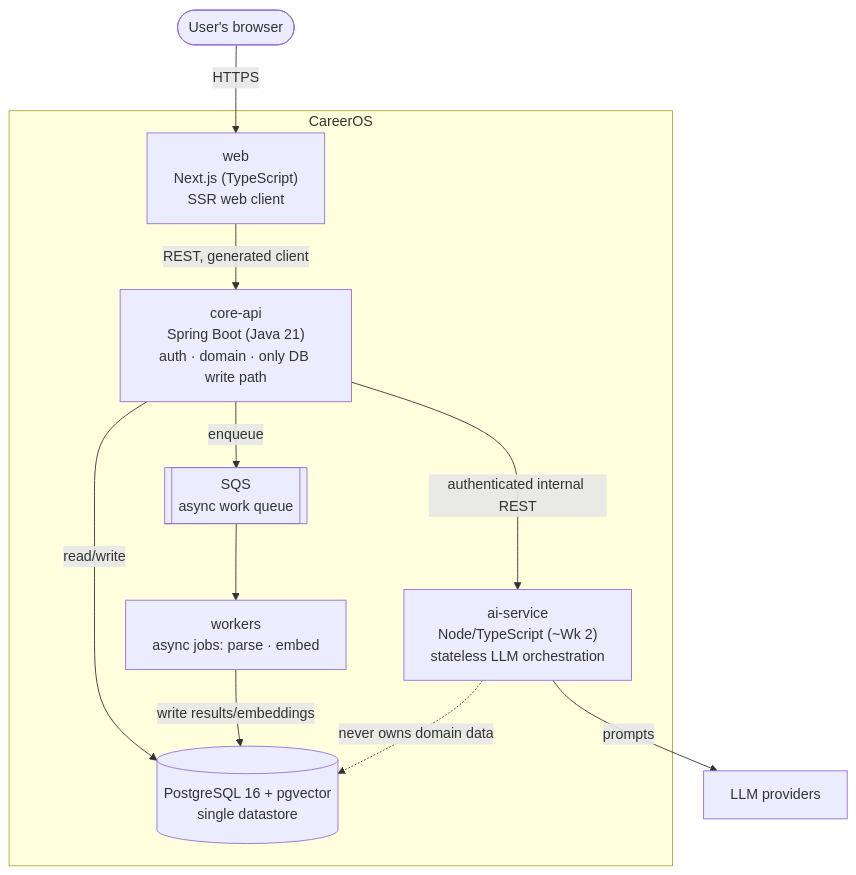
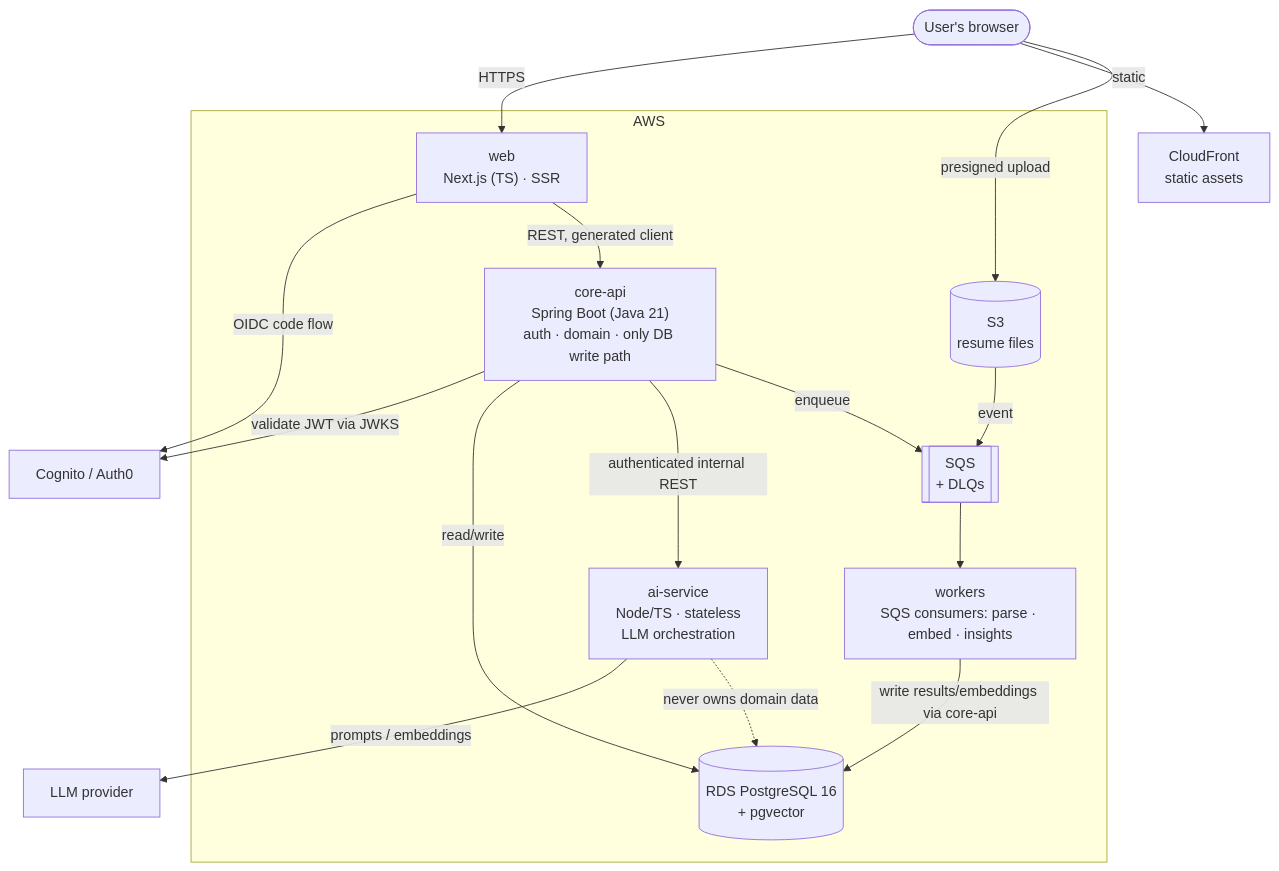
One commit to mahelet-kassa/CareerOS changed the second of 3 diagrams in docs/01-architecture/overview.md. Above: the diagram before and after it, drawn with Mermaid. The commit also changed other lines of this file and 30 other files, not shown here.

````diff
--- a/docs/01-architecture/overview.md
+++ b/docs/01-architecture/overview.md
@@ -53,25 +57,33 @@
 ```mermaid
 graph TB
     user([User's browser])
+    cdn[CloudFront<br/>static assets]
 
-    subgraph "CareerOS"
-        web["web<br/>Next.js (TypeScript)<br/>SSR web client"]
+    subgraph "AWS"
+        web["web<br/>Next.js (TS) · SSR"]
         api["core-api<br/>Spring Boot (Java 21)<br/>auth · domain · only DB write path"]
-        ai["ai-service<br/>Node/TypeScript (~Wk 2)<br/>stateless LLM orchestration"]
-        worker["workers<br/>async jobs: parse · embed"]
-        db[("PostgreSQL 16 + pgvector<br/>single datastore")]
-        queue[["SQS<br/>async work queue"]]
+        ai["ai-service<br/>Node/TS · stateless<br/>LLM orchestration"]
+        worker["workers<br/>SQS consumers: parse · embed · insights"]
+        db[("RDS PostgreSQL 16<br/>+ pgvector")]
+        queue[["SQS<br/>+ DLQs"]]
+        s3[("S3<br/>resume files")]
     end
 
-    llm[LLM providers]
+    idp[Cognito / Auth0]
+    llm[LLM provider]
 
     user -->|HTTPS| web
+    user -->|static| cdn
+    web -->|OIDC code flow| idp
     web -->|REST, generated client| api
+    api -->|validate JWT via JWKS| idp
     api -->|read/write| db
     api -->|authenticated internal REST| ai
     api -->|enqueue| queue
+    user -->|presigned upload| s3
+    s3 -->|event| queue
     queue --> worker
-    worker -->|write results/embeddings| db
-    ai -->|prompts| llm
+    worker -->|write results/embeddings via core-api| db
+    ai -->|prompts / embeddings| llm
     ai -.->|never owns domain data| db
 ```
````
